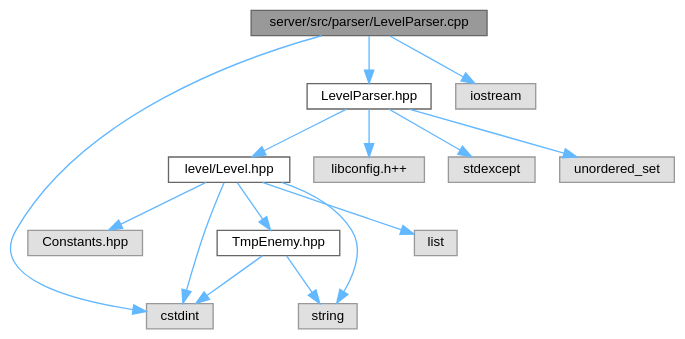
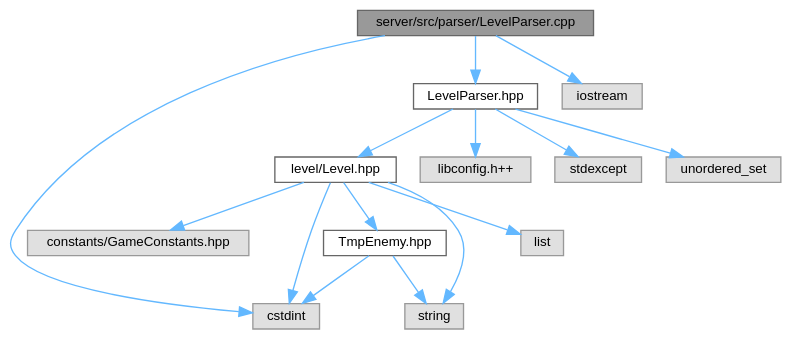
One commit to Houpsi/R-Type changed the diagram in LevelParser_8cpp__incl.dot. Above: the diagram before and after it, drawn with Graphviz. The commit also changed 161 other files, not shown here.

```diff
--- a/LevelParser_8cpp__incl.dot
+++ b/LevelParser_8cpp__incl.dot
@@ -1,33 +1,33 @@
 digraph "server/src/parser/LevelParser.cpp"
 {
  // LATEX_PDF_SIZE
   bgcolor="transparent";
   edge [fontname=Helvetica,fontsize=10,labelfontname=Helvetica,labelfontsize=10];
   node [fontname=Helvetica,fontsize=10,shape=box,height=0.2,width=0.4];
   Node1 [id="Node000001",label="server/src/parser/LevelParser.cpp",height=0.2,width=0.4,color="gray40", fillcolor="grey60", style="filled", fontcolor="black",tooltip=" "];
   Node1 -> Node2 [id="edge1_Node000001_Node000002",color="steelblue1",style="solid",tooltip=" "];
   Node2 [id="Node000002",label="LevelParser.hpp",height=0.2,width=0.4,color="grey40", fillcolor="white", style="filled",URL="$LevelParser_8hpp.html",tooltip=" "];
   Node2 -> Node3 [id="edge2_Node000002_Node000003",color="steelblue1",style="solid",tooltip=" "];
   Node3 [id="Node000003",label="level/Level.hpp",height=0.2,width=0.4,color="grey40", fillcolor="white", style="filled",URL="$Level_8hpp.html",tooltip=" "];
   Node3 -> Node4 [id="edge3_Node000003_Node000004",color="steelblue1",style="solid",tooltip=" "];
-  Node4 [id="Node000004",label="Constants.hpp",height=0.2,width=0.4,color="grey60", fillcolor="#E0E0E0", style="filled",tooltip=" "];
+  Node4 [id="Node000004",label="constants/GameConstants.hpp",height=0.2,width=0.4,color="grey60", fillcolor="#E0E0E0", style="filled",tooltip=" "];
   Node3 -> Node5 [id="edge4_Node000003_Node000005",color="steelblue1",style="solid",tooltip=" "];
   Node5 [id="Node000005",label="cstdint",height=0.2,width=0.4,color="grey60", fillcolor="#E0E0E0", style="filled",tooltip=" "];
   Node3 -> Node6 [id="edge5_Node000003_Node000006",color="steelblue1",style="solid",tooltip=" "];
   Node6 [id="Node000006",label="list",height=0.2,width=0.4,color="grey60", fillcolor="#E0E0E0", style="filled",tooltip=" "];
   Node3 -> Node7 [id="edge6_Node000003_Node000007",color="steelblue1",style="solid",tooltip=" "];
   Node7 [id="Node000007",label="string",height=0.2,width=0.4,color="grey60", fillcolor="#E0E0E0", style="filled",tooltip=" "];
   Node3 -> Node8 [id="edge7_Node000003_Node000008",color="steelblue1",style="solid",tooltip=" "];
   Node8 [id="Node000008",label="TmpEnemy.hpp",height=0.2,width=0.4,color="grey40", fillcolor="white", style="filled",URL="$TmpEnemy_8hpp.html",tooltip=" "];
   Node8 -> Node5 [id="edge8_Node000008_Node000005",color="steelblue1",style="solid",tooltip=" "];
   Node8 -> Node7 [id="edge9_Node000008_Node000007",color="steelblue1",style="solid",tooltip=" "];
   Node2 -> Node9 [id="edge10_Node000002_Node000009",color="steelblue1",style="solid",tooltip=" "];
   Node9 [id="Node000009",label="libconfig.h++",height=0.2,width=0.4,color="grey60", fillcolor="#E0E0E0", style="filled",tooltip=" "];
   Node2 -> Node10 [id="edge11_Node000002_Node000010",color="steelblue1",style="solid",tooltip=" "];
   Node10 [id="Node000010",label="stdexcept",height=0.2,width=0.4,color="grey60", fillcolor="#E0E0E0", style="filled",tooltip=" "];
   Node2 -> Node11 [id="edge12_Node000002_Node000011",color="steelblue1",style="solid",tooltip=" "];
   Node11 [id="Node000011",label="unordered_set",height=0.2,width=0.4,color="grey60", fillcolor="#E0E0E0", style="filled",tooltip=" "];
   Node1 -> Node5 [id="edge13_Node000001_Node000005",color="steelblue1",style="solid",tooltip=" "];
   Node1 -> Node12 [id="edge14_Node000001_Node000012",color="steelblue1",style="solid",tooltip=" "];
   Node12 [id="Node000012",label="iostream",height=0.2,width=0.4,color="grey60", fillcolor="#E0E0E0", style="filled",tooltip=" "];
 }
```
